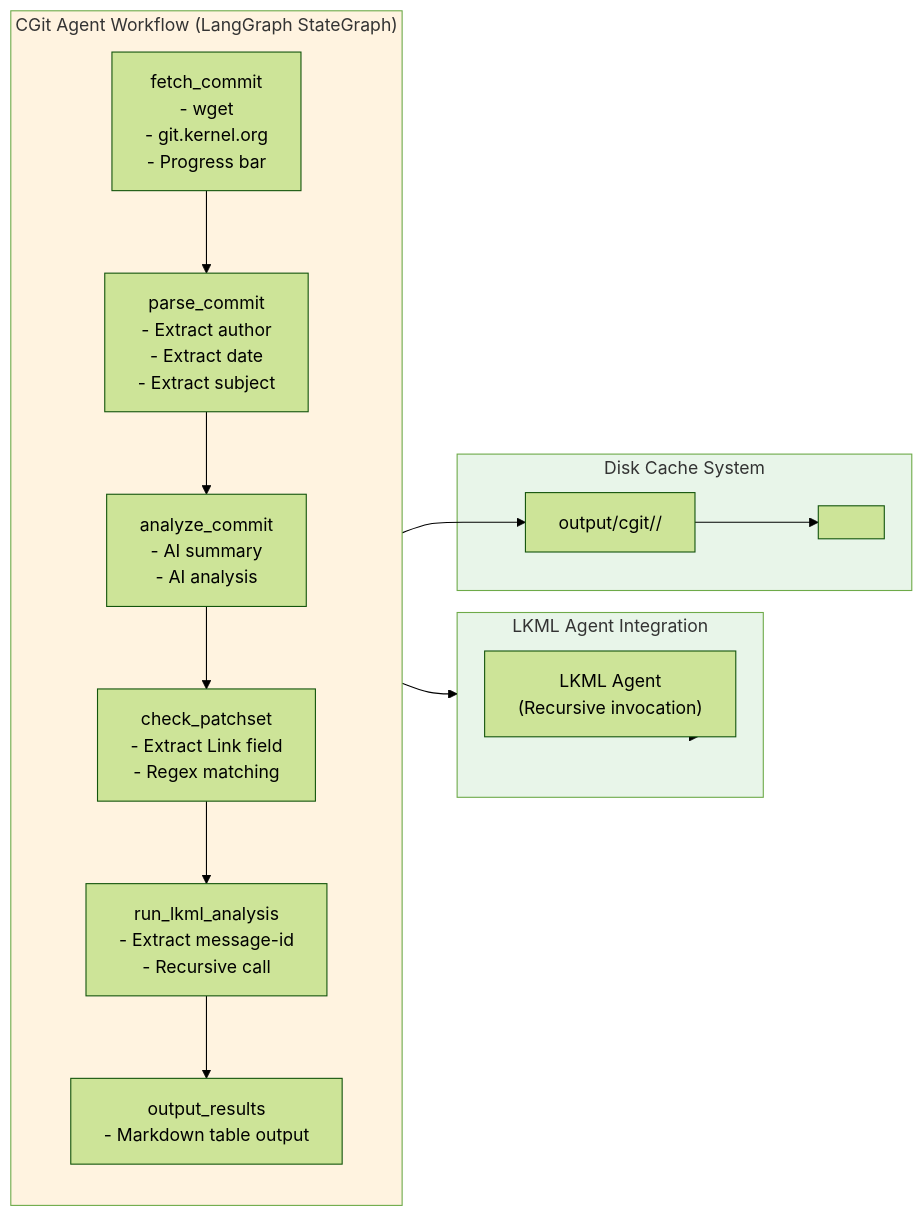
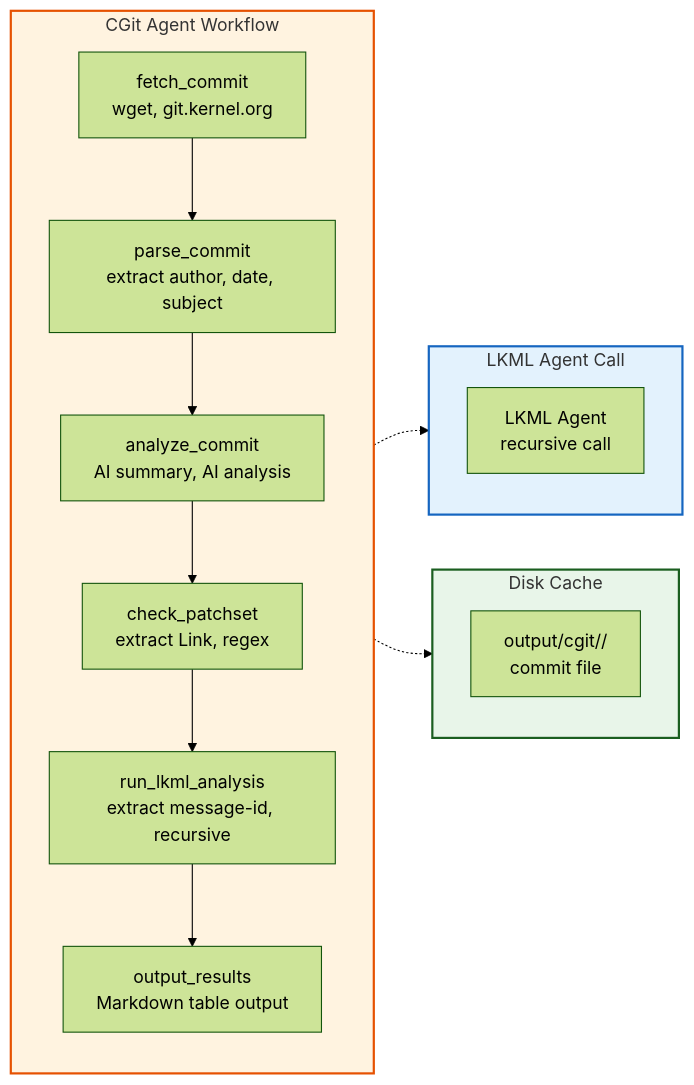
Before and after one commit to gatieme/kde: the diagram in diagrams/cgit-agent.mmd, drawn with Mermaid (forest theme). The commit also changed other lines of this file and 66 other files, not shown here.

First line of the commit message:
docs(diagrams): regenerate and update architecture diagrams

````diff
--- a/diagrams/cgit-agent.mmd
+++ b/diagrams/cgit-agent.mmd
@@ -3,34 +1,26 @@
-```mermaid
 flowchart LR
-    subgraph CGit_Agent["CGit Agent Workflow (LangGraph StateGraph)"]
+    subgraph Workflow["CGit Agent Workflow"]
         direction TB
-
-        FETCH["fetch_commit<br/>- wget<br/>- git.kernel.org<br/>- Progress bar"]
-        PARSE["parse_commit<br/>- Extract author<br/>- Extract date<br/>- Extract subject"]
-        ANALYZE["analyze_commit<br/>- AI summary<br/>- AI analysis"]
-        CHECK["check_patchset<br/>- Extract Link field<br/>- Regex matching"]
-        RUN_LKML["run_lkml_analysis<br/>- Extract message-id<br/>- Recursive call"]
-        OUTPUT["output_results<br/>- Markdown table output"]
+        FETCH["fetch_commit<br/>wget, git.kernel.org"]
+        PARSE["parse_commit<br/>extract author, date, subject"]
+        ANALYZE["analyze_commit<br/>AI summary, AI analysis"]
+        CHECK["check_patchset<br/>extract Link, regex"]
+        RUN_LKML["run_lkml_analysis<br/>extract message-id, recursive"]
+        OUTPUT["output_results<br/>Markdown table output"]
     end
 
-    subgraph LKML_Call["LKML Agent Integration"]
-        LKML_AGENT["LKML Agent<br/>(Recursive invocation)"]
+    subgraph LKML_Call["LKML Agent Call"]
+        LKML["LKML Agent<br/>recursive call"]
     end
 
-    subgraph Cache["Disk Cache System"]
-        CACHE_DIR["output/cgit/<commit-id>/"]
-        COMMIT_FILE["<commit-id>"]
+    subgraph Cache["Disk Cache"]
+        CACHE["output/cgit/<commit-id>/<br/>commit file"]
     end
 
     FETCH --> PARSE --> ANALYZE --> CHECK --> RUN_LKML --> OUTPUT
+    RUN_LKML -.-> LKML_Call
+    OUTPUT -.-> Cache
 
-    RUN_LKML --> LKML_Call
-    LKML_Call --> LKML_AGENT
-
-    FETCH --> CACHE_DIR
-    CACHE_DIR --> COMMIT_FILE
-
-    style CGit_Agent fill:#fff3e0
-    style LKML_Call fill:#e8f5e9
-    style Cache fill:#e8f5e9
-```
+    style Workflow fill:#fff3e0,stroke:#e65100,stroke-width:2px
+    style LKML_Call fill:#e3f2fd,stroke:#1565c0,stroke-width:2px
+    style Cache fill:#e8f5e9,stroke:#1b5e20,stroke-width:2px
````
